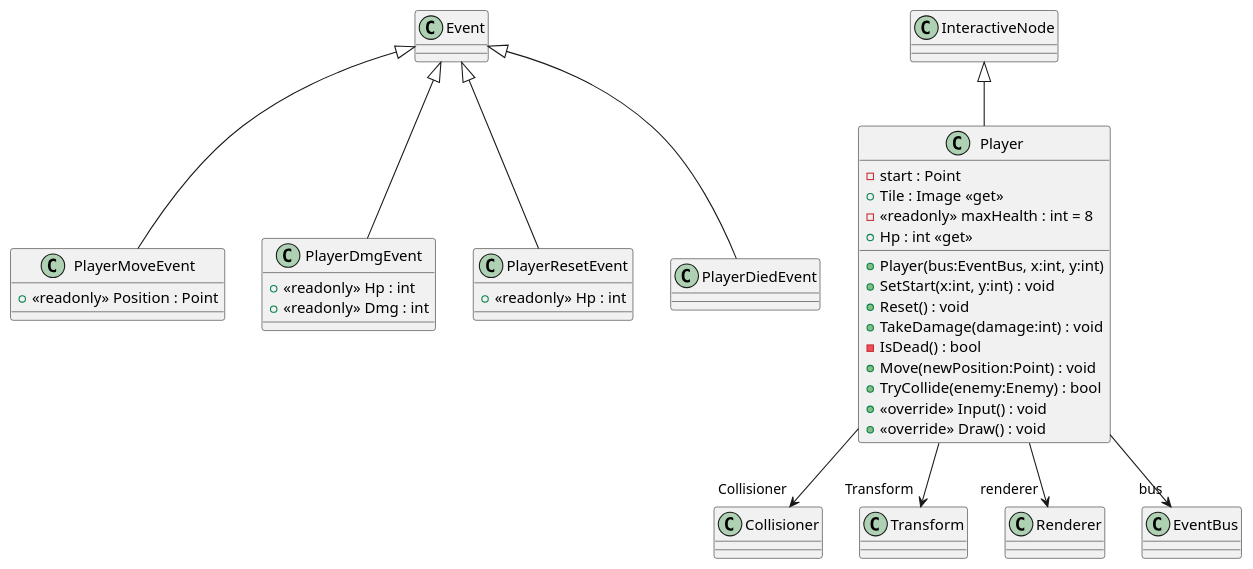
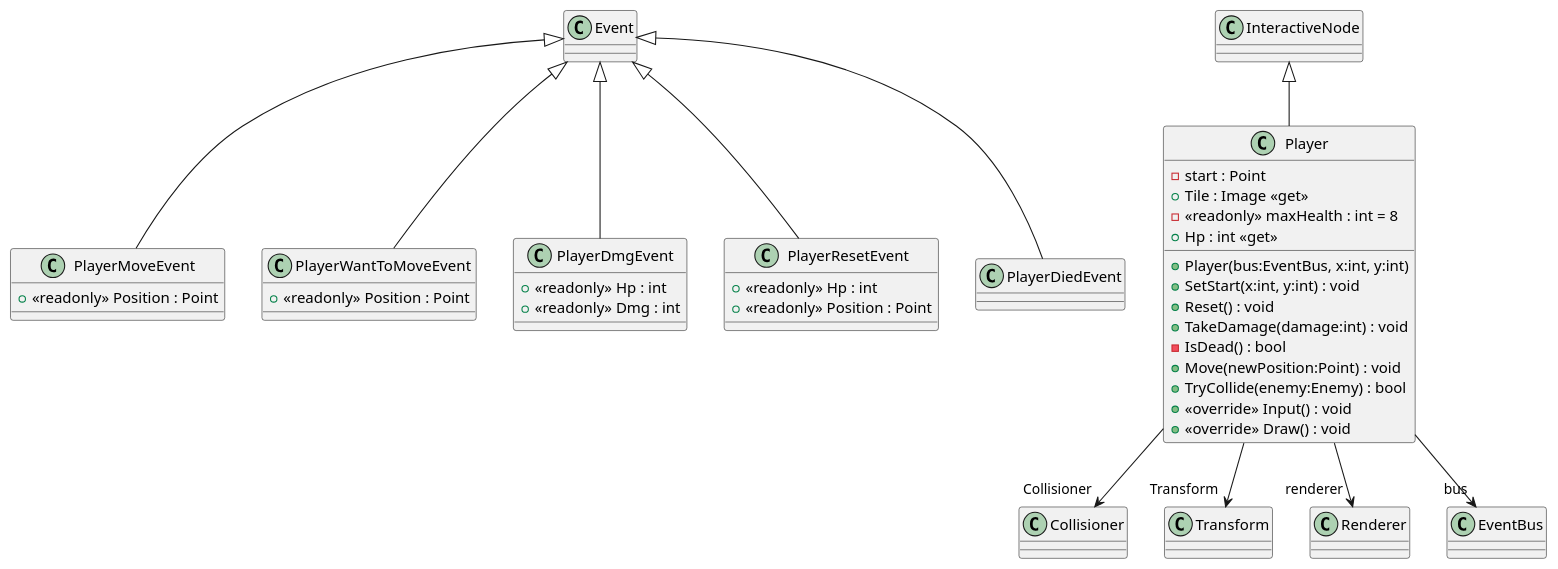
One commit to Reroll-inc/sweeper-rpg changed the diagram in uml/SweeperRpg/Src/Player.puml. Above: the diagram before and after it, drawn with PlantUML. The commit also changed 31 other files, not shown here.

Commit message:
add workflow to publish and update uml

```diff
--- a/uml/SweeperRpg/Src/Player.puml
+++ b/uml/SweeperRpg/Src/Player.puml
@@ -1,36 +1,41 @@
 class PlayerMoveEvent {
+    + <<readonly>> Position : Point
+}
+class PlayerWantToMoveEvent {
     + <<readonly>> Position : Point
 }
 class PlayerDmgEvent {
     + <<readonly>> Hp : int
     + <<readonly>> Dmg : int
 }
 class PlayerResetEvent {
     + <<readonly>> Hp : int
+    + <<readonly>> Position : Point
 }
 class PlayerDiedEvent {
 }
 class Player {
     - start : Point
     + Tile : Image <<get>>
     - <<readonly>> maxHealth : int = 8
     + Hp : int <<get>>
     + Player(bus:EventBus, x:int, y:int)
     + SetStart(x:int, y:int) : void
     + Reset() : void
     + TakeDamage(damage:int) : void
     - IsDead() : bool
     + Move(newPosition:Point) : void
     + TryCollide(enemy:Enemy) : bool
     + <<override>> Input() : void
     + <<override>> Draw() : void
 }
 Event <|-- PlayerMoveEvent
+Event <|-- PlayerWantToMoveEvent
 Event <|-- PlayerDmgEvent
 Event <|-- PlayerResetEvent
 Event <|-- PlayerDiedEvent
 InteractiveNode <|-- Player
 Player --> "Collisioner" Collisioner
 Player --> "Transform" Transform
 Player --> "renderer" Renderer
 Player --> "bus" EventBus
```
